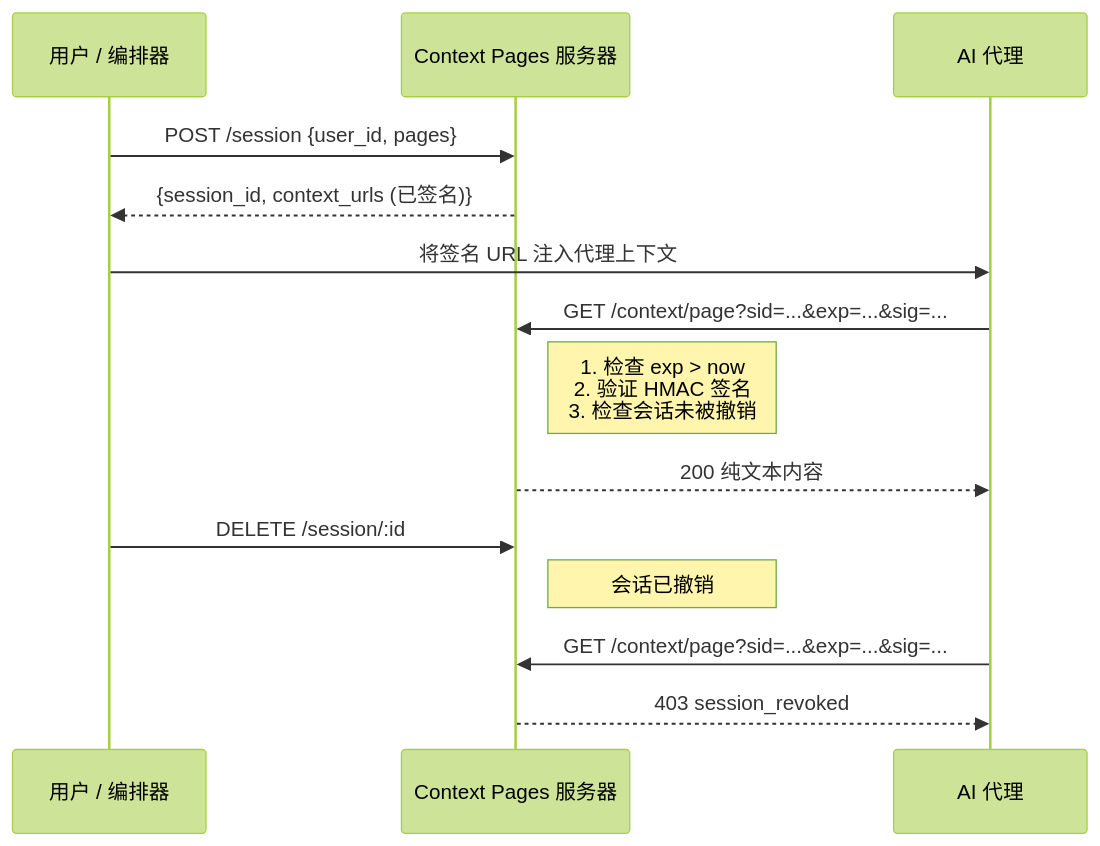
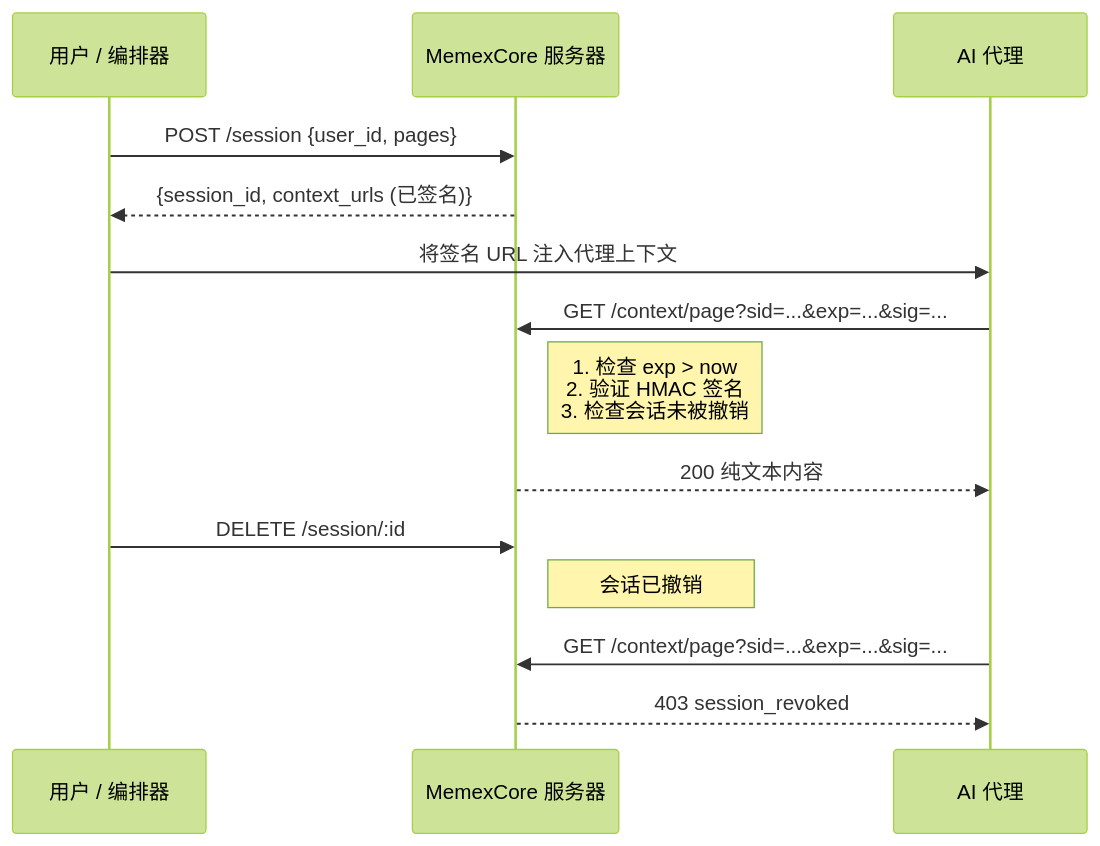
Before and after one commit to memexcore/memexcore: the diagram in README.zh-CN.md, drawn with Mermaid (forest theme). The commit also changed other lines of this file and 2 other files, not shown here.

````diff
--- a/README.zh-CN.md
+++ b/README.zh-CN.md
@@ -51,21 +64,21 @@
 ```mermaid
 sequenceDiagram
     participant U as 用户 / 编排器
-    participant S as Context Pages 服务器
+    participant S as MemexCore 服务器
     participant A as AI 代理
 
     U->>S: POST /session {user_id, pages}
     S-->>U: {session_id, context_urls (已签名)}
 
     U->>A: 将签名 URL 注入代理上下文
 
     A->>S: GET /context/page?sid=...&exp=...&sig=...
     Note right of S: 1. 检查 exp > now<br/>2. 验证 HMAC 签名<br/>3. 检查会话未被撤销
     S-->>A: 200 纯文本内容
 
     U->>S: DELETE /session/:id
     Note right of S: 会话已撤销
 
     A->>S: GET /context/page?sid=...&exp=...&sig=...
     S-->>A: 403 session_revoked
 ```
````
